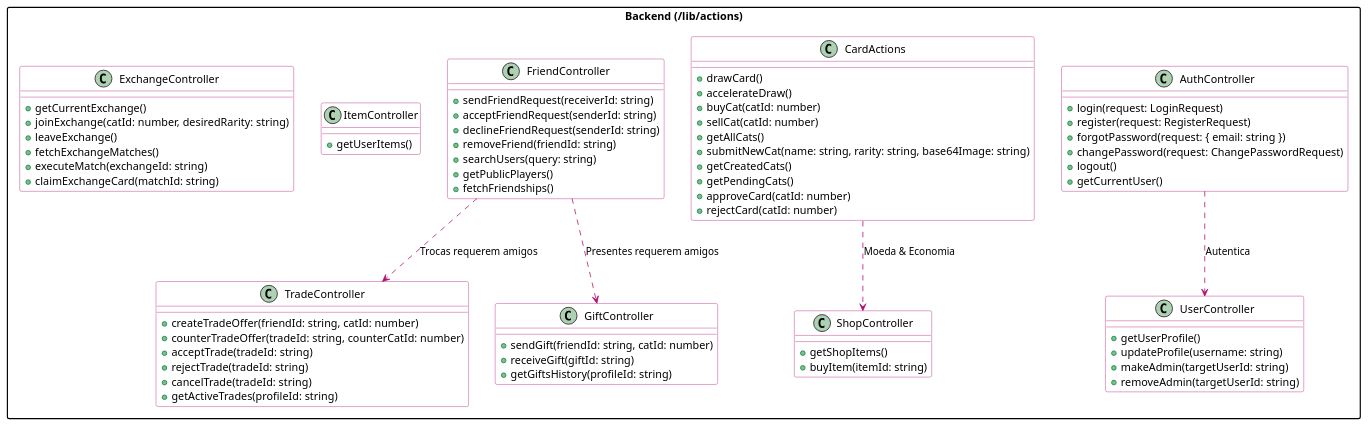
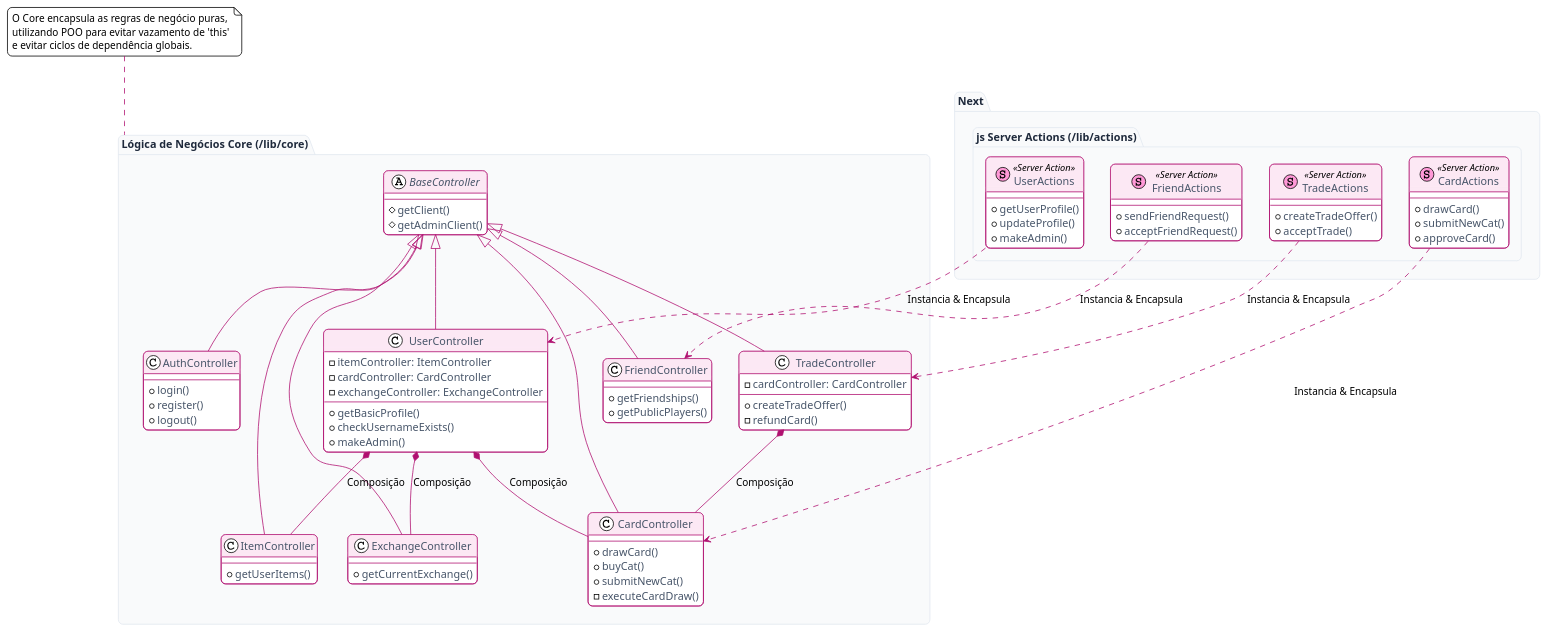
One commit to murilo-henrique060/catcha changed the diagram in docs/backend/actions.md. Above: the diagram before and after it, drawn with PlantUML. The commit also changed other lines of this file, not shown here.

Commit message:
docs: improve backend architecture and PlantUML diagram

````diff
--- a/docs/backend/actions.md
+++ b/docs/backend/actions.md
@@ -15,91 +20,112 @@
 ```plantuml
 @startuml
-skinparam packageStyle rectangle
+!theme plain
+skinparam backgroundColor #FFFFFF
+skinparam ArrowColor #B01070
+skinparam DefaultFontName "Inter, sans-serif"
+skinparam RoundCorner 12
 skinparam class {
     BackgroundColor White
-    ArrowColor #B01070
     BorderColor #B01070
+    HeaderBackgroundColor #FCE8F4
+    FontColor #333333
+    AttributeFontColor #475569
+}
+skinparam package {
+    BackgroundColor #F9FAFB
+    BorderColor #E2E8F0
+    FontColor #1E293B
+    FontSize 14
+    FontStyle bold
 }
 
-package "Backend (/lib/actions)" {
+package "Next.js Server Actions (/lib/actions)" {
+    class "UserActions" << (S,#FF99D7) Server Action >> {
+        + getUserProfile()
+        + updateProfile()
+        + makeAdmin()
+    }
+    class "CardActions" << (S,#FF99D7) Server Action >> {
+        + drawCard()
+        + submitNewCat()
+        + approveCard()
+    }
+    class "FriendActions" << (S,#FF99D7) Server Action >> {
+        + sendFriendRequest()
+        + acceptFriendRequest()
+    }
+    class "TradeActions" << (S,#FF99D7) Server Action >> {
+        + createTradeOffer()
+        + acceptTrade()
+    }
+}
+
+package "Lógica de Negócios Core (/lib/core)" {
     
-    class AuthController {
-        + login(request: LoginRequest)
-        + register(request: RegisterRequest)
-        + forgotPassword(request: { email: string })
-        + changePassword(request: ChangePasswordRequest)
-        + logout()
-        + getCurrentUser()
+    abstract class BaseController {
+        # getClient()
+        # getAdminClient()
     }
 
-    class UserController {
-        + getUserProfile()
-        + updateProfile(username: string)
-        + makeAdmin(targetUserId: string)
-        + removeAdmin(targetUserId: string)
+    class AuthController extends BaseController {
+        + login()
+        + register()
+        + logout()
     }
 
-    class CardActions {
-        + drawCard()
-        + accelerateDraw()
-        + buyCat(catId: number)
-        + sellCat(catId: number)
-        + getAllCats()
-        + submitNewCat(name: string, rarity: string, base64Image: string)
-        + getCreatedCats()
-        + getPendingCats()
-        + approveCard(catId: number)
-        + rejectCard(catId: number)
+    class UserController extends BaseController {
+        - itemController: ItemController
+        - cardController: CardController
+        - exchangeController: ExchangeController
+        + getBasicProfile()
+        + checkUsernameExists()
+        + makeAdmin()
     }
 
-    class FriendController {
-        + sendFriendRequest(receiverId: string)
-        + acceptFriendRequest(senderId: string)
-        + declineFriendRequest(senderId: string)
-        + removeFriend(friendId: string)
-        + searchUsers(query: string)
-        + getPublicPlayers()
-        + fetchFriendships()
+    class CardController extends BaseController {
+        + drawCard()
+        + buyCat()
+        + submitNewCat()
+        - executeCardDraw()
     }
 
-    class TradeController {
-        + createTradeOffer(friendId: string, catId: number)
-        + counterTradeOffer(tradeId: string, counterCatId: number)
-        + acceptTrade(tradeId: string)
-        + rejectTrade(tradeId: string)
-        + cancelTrade(tradeId: string)
-        + getActiveTrades(profileId: string)
+    class FriendController extends BaseController {
+        + getFriendships()
+        + getPublicPlayers()
     }
 
-    class GiftController {
-        + sendGift(friendId: string, catId: number)
-        + receiveGift(giftId: string)
-        + getGiftsHistory(profileId: string)
+    class TradeController extends BaseController {
+        - cardController: CardController
+        + createTradeOffer()
+        - refundCard()
     }
-
-    class ShopController {
-        + getShopItems()
-        + buyItem(itemId: string)
-    }
-
-    class ItemController {
+    
+    class ItemController extends BaseController {
         + getUserItems()
     }
-
-    class ExchangeController {
+    
+    class ExchangeController extends BaseController {
         + getCurrentExchange()
-        + joinExchange(catId: number, desiredRarity: string)
-        + leaveExchange()
-        + fetchExchangeMatches()
-        + executeMatch(exchangeId: string)
-        + claimExchangeCard(matchId: string)
     }
-
 }
 
-AuthController ..> UserController : "Autentica"
-FriendController ..> TradeController : "Trocas requerem amigos"
-FriendController ..> GiftController : "Presentes requerem amigos"
-CardActions ..> ShopController : "Moeda & Economia"
+' Relacionamentos e Composições
+UserController *-- ItemController : "Composição"
+UserController *-- CardController : "Composição"
+UserController *-- ExchangeController : "Composição"
+TradeController *-- CardController : "Composição"
+
+' Relacionamento Actions -> Core
+"UserActions" ..> UserController : "Instancia & Encapsula"
+"CardActions" ..> CardController : "Instancia & Encapsula"
+"FriendActions" ..> FriendController : "Instancia & Encapsula"
+"TradeActions" ..> TradeController : "Instancia & Encapsula"
+
+note top of "Lógica de Negócios Core (/lib/core)"
+  O Core encapsula as regras de negócio puras, 
+  utilizando POO para evitar vazamento de 'this'
+  e evitar ciclos de dependência globais.
+end note
+
 @enduml
 ```
````
